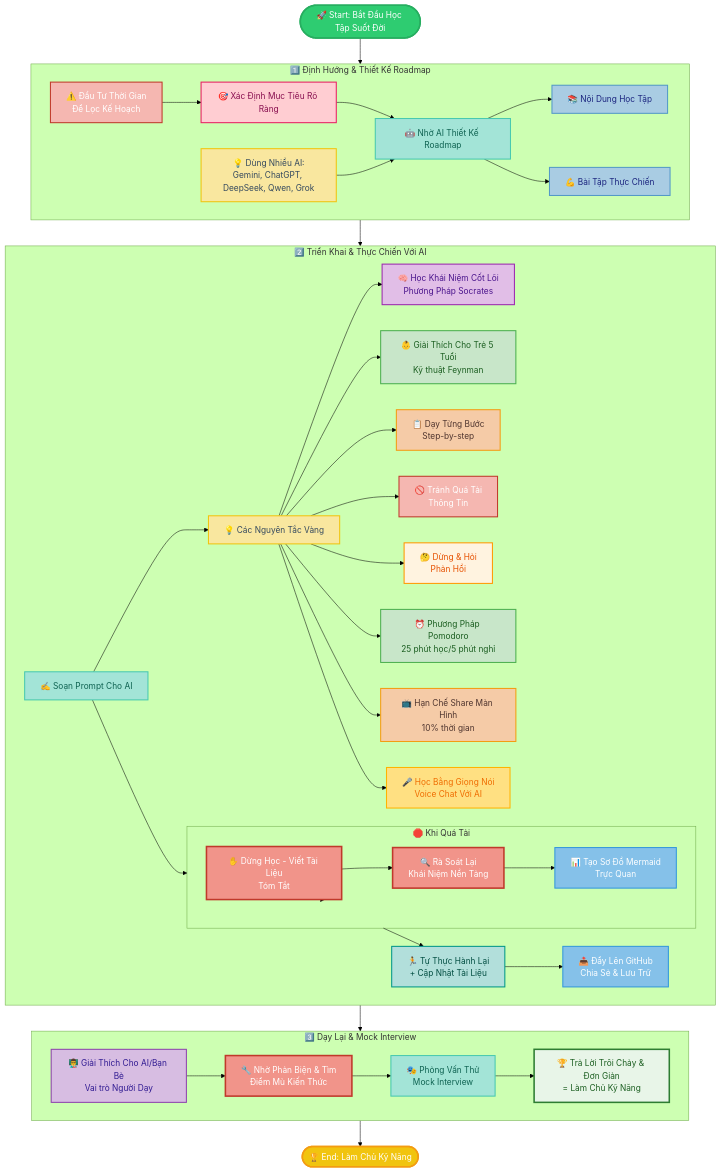
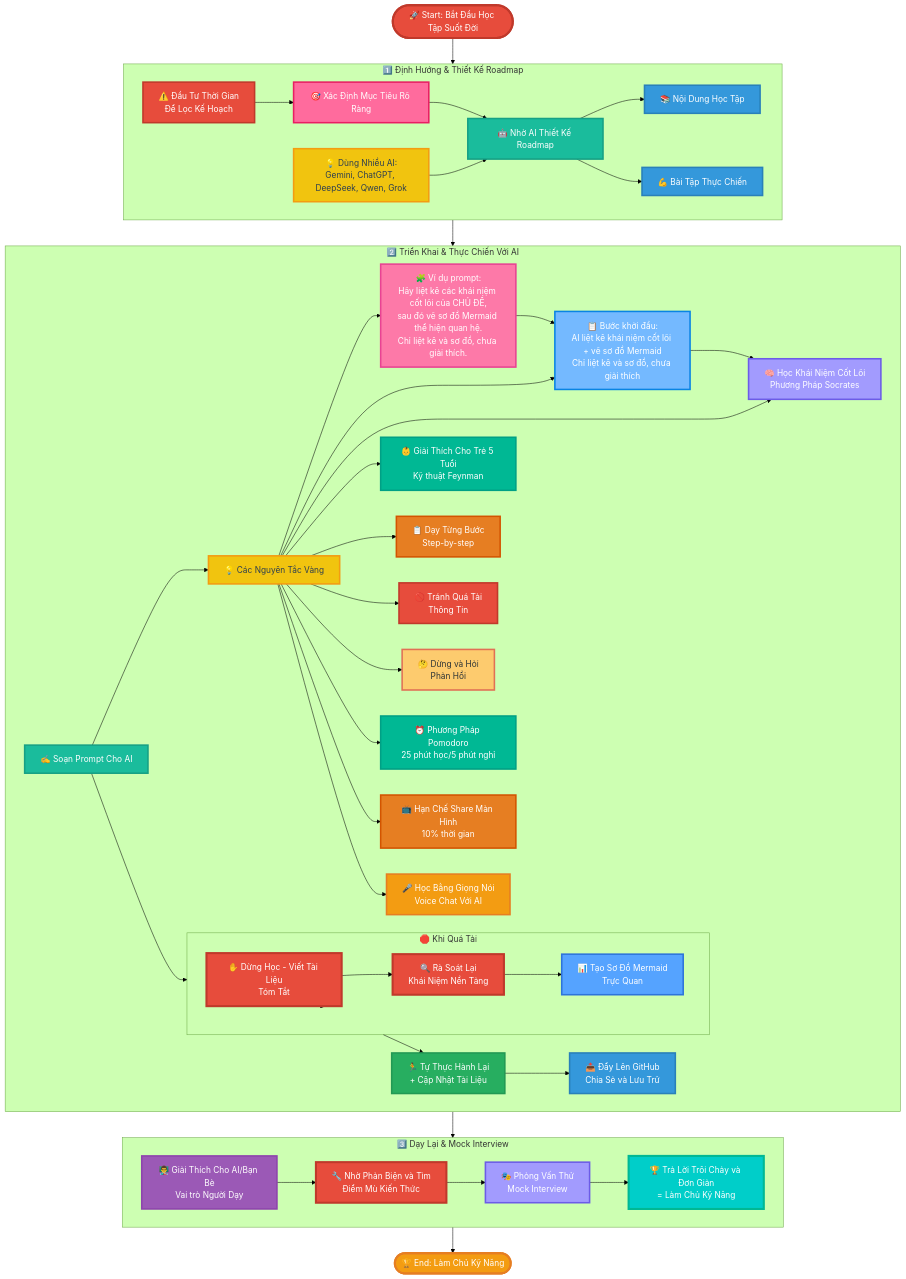
One commit to khanhnk-phuctho/lifelong-learning changed the first of 9 diagrams in README.md. Above: the diagram before and after it, drawn with Mermaid (forest theme). The commit also changed other lines of this file, not shown here.

````diff
--- a/README.md
+++ b/README.md
@@ -75,31 +98,35 @@
 ```mermaid
 flowchart TB
-    %% --- ĐỊNH NGHĨA PHONG CÁCH (STYLE DEFINITIONS) ---
-    classDef startStyle fill:#2ecc71,color:#fff,stroke:#27ae60,stroke-width:3px;
-    classDef endStyle fill:#f1c40f,color:#fff,stroke:#f39c12,stroke-width:3px;
+    %% --- ĐỊNH NGHĨA PHONG CÁCH MỚI VỚI NHIỀU MÀU SẮC ---
+    classDef startStyle fill:#e74c3c,color:#fff,stroke:#c0392b,stroke-width:4px;
+    classDef endStyle fill:#f39c12,color:#fff,stroke:#e67e22,stroke-width:4px;
 
-    %% Màu cho từng bước - Palette mới
-    classDef step1_node fill:#a9cce3,stroke:#5499c7,stroke-width:2px,color:#1a237e;
-    classDef step2_node fill:#f5cba7,stroke:#f39c12,stroke-width:2px,color:#4e342e;
-    classDef step3_node fill:#d7bde2,stroke:#8e44ad,stroke-width:2px,color:#311b92;
+    %% Màu cho từng bước - Palette Rainbow
+    classDef step1_node fill:#3498db,stroke:#2980b9,stroke-width:3px,color:#fff;
+    classDef step2_node fill:#e67e22,stroke:#d35400,stroke-width:3px,color:#fff;
+    classDef step3_node fill:#9b59b6,stroke:#8e44ad,stroke-width:3px,color:#fff;
     
-    %% Màu cho các node đặc biệt - Thêm nhiều màu mới
-    classDef proTip fill:#f9e79f,stroke:#f1c40f,stroke-width:2px,color:#34495e;
-    classDef warning fill:#f5b7b1,stroke:#c0392b,stroke-width:2px,color:#fff;
-    classDef aiNode fill:#a3e4d7,stroke:#48c9b0,stroke-width:2px,color:#0e6251;
-    classDef actionNode fill:#85c1e9,stroke:#3498db,stroke-width:2px,color:#fff;
-    classDef criticalNode fill:#f1948a,stroke:#c0392b,stroke-width:3px,color:#fff;
-    classDef voiceNode fill:#ffe082,stroke:#ffb300,stroke-width:2px,color:#ef6c00;
-    classDef practiceNode fill:#b2dfdb,stroke:#009688,stroke-width:2px,color:#004d40;
+    %% Màu cho các node đặc biệt - Thêm nhiều màu gradient
+    classDef proTip fill:#f1c40f,stroke:#f39c12,stroke-width:3px,color:#2c3e50;
+    classDef warning fill:#e74c3c,stroke:#c0392b,stroke-width:3px,color:#fff;
+    classDef aiNode fill:#1abc9c,stroke:#16a085,stroke-width:3px,color:#fff;
+    classDef actionNode fill:#3498db,stroke:#2980b9,stroke-width:3px,color:#fff;
+    classDef criticalNode fill:#e74c3c,stroke:#c0392b,stroke-width:4px,color:#fff;
+    classDef voiceNode fill:#f39c12,stroke:#e67e22,stroke-width:3px,color:#fff;
+    classDef practiceNode fill:#27ae60,stroke:#229954,stroke-width:3px,color:#fff;
     
-    %% Thêm màu mới
-    classDef goalNode fill:#ffcdd2,stroke:#e91e63,stroke-width:2px,color:#880e4f;
-    classDef conceptNode fill:#e1bee7,stroke:#9c27b0,stroke-width:2px,color:#4a148c;
-    classDef methodNode fill:#c8e6c9,stroke:#4caf50,stroke-width:2px,color:#1b5e20;
-    classDef feedbackNode fill:#fff3e0,stroke:#ff9800,stroke-width:2px,color:#e65100;
-    classDef masterNode fill:#e8f5e8,stroke:#2e7d32,stroke-width:3px,color:#1b5e20;
+    %% Thêm màu mới - Gradient và Pastel
+    classDef goalNode fill:#ff6b9d,stroke:#e91e63,stroke-width:3px,color:#fff;
+    classDef conceptNode fill:#a29bfe,stroke:#6c5ce7,stroke-width:3px,color:#fff;
+    classDef methodNode fill:#00b894,stroke:#00a085,stroke-width:3px,color:#fff;
+    classDef feedbackNode fill:#fdcb6e,stroke:#e17055,stroke-width:3px,color:#2d3436;
+    classDef masterNode fill:#00cec9,stroke:#00b894,stroke-width:4px,color:#fff;
+    classDef specialNode fill:#fd79a8,stroke:#e84393,stroke-width:3px,color:#fff;
+    classDef techNode fill:#74b9ff,stroke:#0984e3,stroke-width:3px,color:#fff;
+    classDef creativeNode fill:#a29bfe,stroke:#6c5ce7,stroke-width:3px,color:#fff;
+    classDef analyticsNode fill:#55a3ff,stroke:#2d74da,stroke-width:3px,color:#fff;
 
-    %% --- SƠ ĐỒ CHÍNH (MAIN FLOW) ---
+    %% --- SƠ ĐỒ CHÍNH ---
     Start([🚀 Start: Bắt Đầu Học Tập Suốt Đời]):::startStyle
     End([🏆 End: Làm Chủ Kỹ Năng]):::endStyle
     
@@ -114,8 +141,8 @@
         AI_Design[🤖 Nhờ AI Thiết Kế Roadmap]:::aiNode
         Content[📚 Nội Dung Học Tập]:::step1_node
         Exercises[💪 Bài Tập Thực Chiến]:::step1_node
-        ProTip1[💡 Dùng Nhiều AI:<br/>Gemini, ChatGPT, DeepSeek, Qwen, Grok]:::proTip
-        Warning[⚠️ Đầu Tư Thời Gian<br/>Để Lọc Kế Hoạch]:::warning
+        ProTip1[💡 Dùng Nhiều AI:<br>Gemini, ChatGPT, DeepSeek, Qwen, Grok]:::proTip
+        Warning[⚠️ Đầu Tư Thời Gian<br>Để Lọc Kế Hoạch]:::warning
 
         Goal --> AI_Design
         AI_Design --> Content & Exercises
@@ -127,26 +154,35 @@
     subgraph Step2 [2️⃣ Triển Khai & Thực Chiến Với AI]
         Prompt[✍️ Soạn Prompt Cho AI]:::aiNode
         ProTips[💡 Các Nguyên Tắc Vàng]:::proTip
-        CoreConcepts[🧠 Học Khái Niệm Cốt Lõi<br/>Phương Pháp Socrates]:::conceptNode
-        ExplainChild[👶 Giải Thích Cho Trẻ 5 Tuổi<br/>Kỹ thuật Feynman]:::methodNode
-        StepByStep[📋 Dạy Từng Bước<br/>Step-by-step]:::step2_node
-        NoOverload[🚫 Tránh Quá Tải<br/>Thông Tin]:::warning
-        AskFeedback[🤔 Dừng & Hỏi<br/>Phản Hồi]:::feedbackNode
-        Pomodoro[⏰ Phương Pháp Pomodoro<br/>25 phút học/5 phút nghỉ]:::methodNode
-        ShareScreen[📺 Hạn Chế Share Màn Hình<br/>10% thời gian]:::step2_node
-        Voice[🎤 Học Bằng Giọng Nói<br/>Voice Chat Với AI]:::voiceNode
+
+        %% Bước khởi đầu - ĐÃ SỬA LỖI
+        ExamplePrompt[🧩 Ví dụ prompt:<br>Hãy liệt kê các khái niệm cốt lõi của CHỦ ĐỀ,<br>sau đó vẽ sơ đồ Mermaid thể hiện quan hệ.<br>Chỉ liệt kê và sơ đồ, chưa giải thích.]:::specialNode
+        InitMap[📋 Bước khởi đầu:<br>AI liệt kê khái niệm cốt lõi + vẽ sơ đồ Mermaid<br>Chỉ liệt kê và sơ đồ, chưa giải thích]:::techNode
+
+        CoreConcepts[🧠 Học Khái Niệm Cốt Lõi<br>Phương Pháp Socrates]:::conceptNode
+        ExplainChild[👶 Giải Thích Cho Trẻ 5 Tuổi<br>Kỹ thuật Feynman]:::methodNode
+        StepByStep[📋 Dạy Từng Bước<br>Step-by-step]:::step2_node
+        NoOverload[🚫 Tránh Quá Tải<br>Thông Tin]:::warning
+        AskFeedback[🤔 Dừng và Hỏi<br>Phản Hồi]:::feedbackNode
+        Pomodoro[⏰ Phương Pháp Pomodoro<br>25 phút học/5 phút nghỉ]:::methodNode
+        ShareScreen[📺 Hạn Chế Share Màn Hình<br>10% thời gian]:::step2_node
+        Voice[🎤 Học Bằng Giọng Nói<br>Voice Chat Với AI]:::voiceNode
 
         subgraph OverloadBlock [🛑 Khi Quá Tải]
-            StopAndWrite[✋ Dừng Học - Viết Tài Liệu<br/>Tóm Tắt]:::criticalNode
-            ReviewConcepts[🔍 Rà Soát Lại<br/>Khái Niệm Nền Tảng]:::criticalNode
-            MermaidDiagram[📊 Tạo Sơ Đồ Mermaid<br/>Trực Quan]:::actionNode
+            StopAndWrite[✋ Dừng Học - Viết Tài Liệu<br>Tóm Tắt]:::criticalNode
+            ReviewConcepts[🔍 Rà Soát Lại<br>Khái Niệm Nền Tảng]:::criticalNode
+            MermaidDiagram[📊 Tạo Sơ Đồ Mermaid<br>Trực Quan]:::analyticsNode
         end
         
-        SelfPractice[🏃 Tự Thực Hành Lại<br/>+ Cập Nhật Tài Liệu]:::practiceNode
-        PushGit[📤 Đẩy Lên GitHub<br/>Chia Sẻ & Lưu Trữ]:::actionNode
+        SelfPractice[🏃 Tự Thực Hành Lại<br>+ Cập Nhật Tài Liệu]:::practiceNode
+        PushGit[📤 Đẩy Lên GitHub<br>Chia Sẻ và Lưu Trữ]:::actionNode
 
         Prompt --> ProTips
-        ProTips --> CoreConcepts & ExplainChild & StepByStep & NoOverload & AskFeedback & Pomodoro & ShareScreen & Voice
+        ProTips --> ExamplePrompt
+        ExamplePrompt --> InitMap
+        ProTips --> InitMap & CoreConcepts & ExplainChild & StepByStep & NoOverload & AskFeedback & Pomodoro & ShareScreen & Voice
+        InitMap --> CoreConcepts
+
         Prompt --> OverloadBlock
         OverloadBlock --> StopAndWrite --> ReviewConcepts --> MermaidDiagram
         OverloadBlock --> SelfPractice --> PushGit
@@ -154,12 +190,11 @@
 
     %% --- BƯỚC 3 ---
     subgraph Step3 [3️⃣ Dạy Lại & Mock Interview]
-        Explain[👨‍🏫 Giải Thích Cho AI/Bạn Bè<br/>Vai trò Người Dạy]:::step3_node
-        Debug[🔧 Nhờ Phản Biện & Tìm<br/>Điểm Mù Kiến Thức]:::criticalNode
-        Mock[🎭 Phỏng Vấn Thử<br/>Mock Interview]:::aiNode
-        Mastery[🏆 Trả Lời Trôi Chảy & Đơn Giản<br/>= Làm Chủ Kỹ Năng]:::masterNode
+        Explain[👨‍🏫 Giải Thích Cho AI/Bạn Bè<br>Vai trò Người Dạy]:::step3_node
+        Debug[🔧 Nhờ Phản Biện và Tìm<br>Điểm Mù Kiến Thức]:::criticalNode
+        Mock[🎭 Phỏng Vấn Thử<br>Mock Interview]:::creativeNode
+        Mastery[🏆 Trả Lời Trôi Chảy và Đơn Giản<br>= Làm Chủ Kỹ Năng]:::masterNode
 
         Explain --> Debug --> Mock --> Mastery
     end
-
 ```
````
